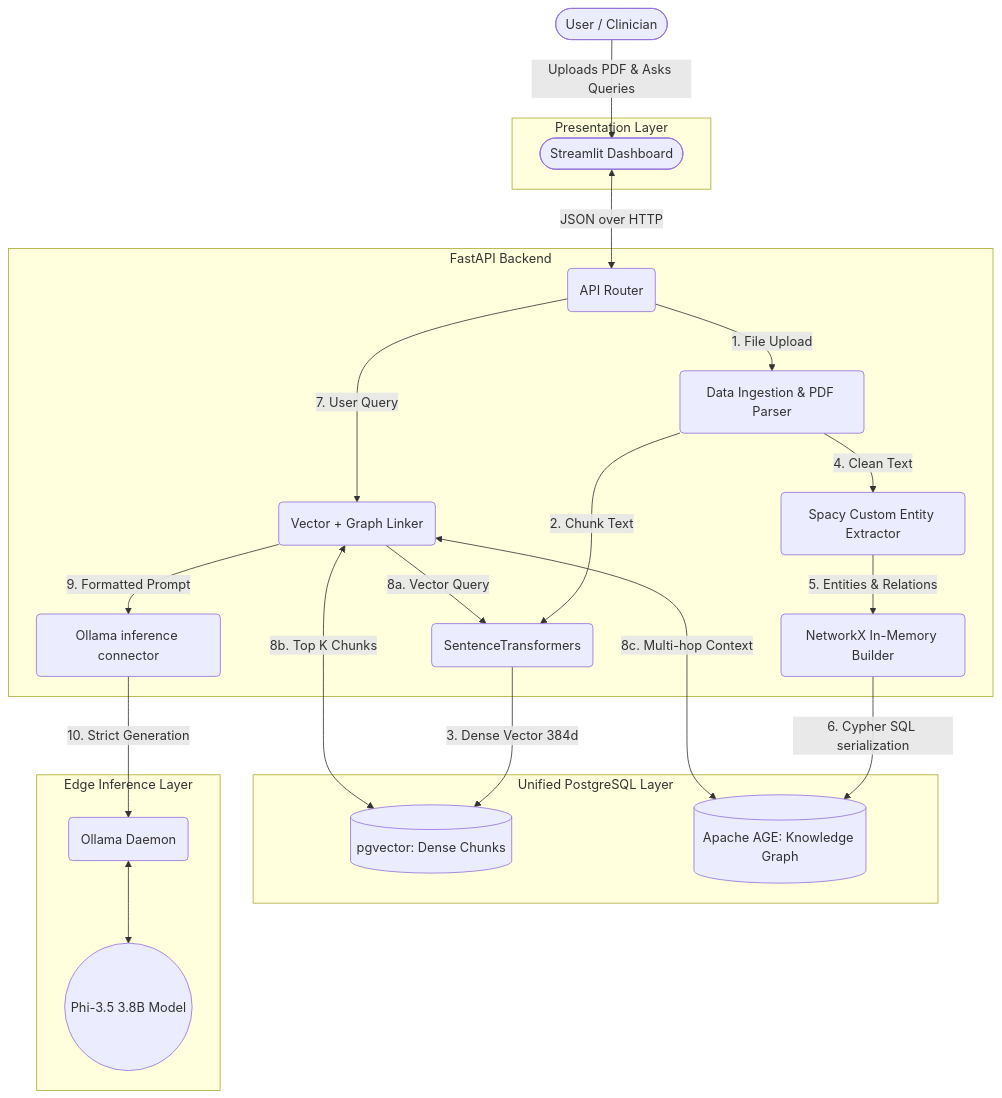
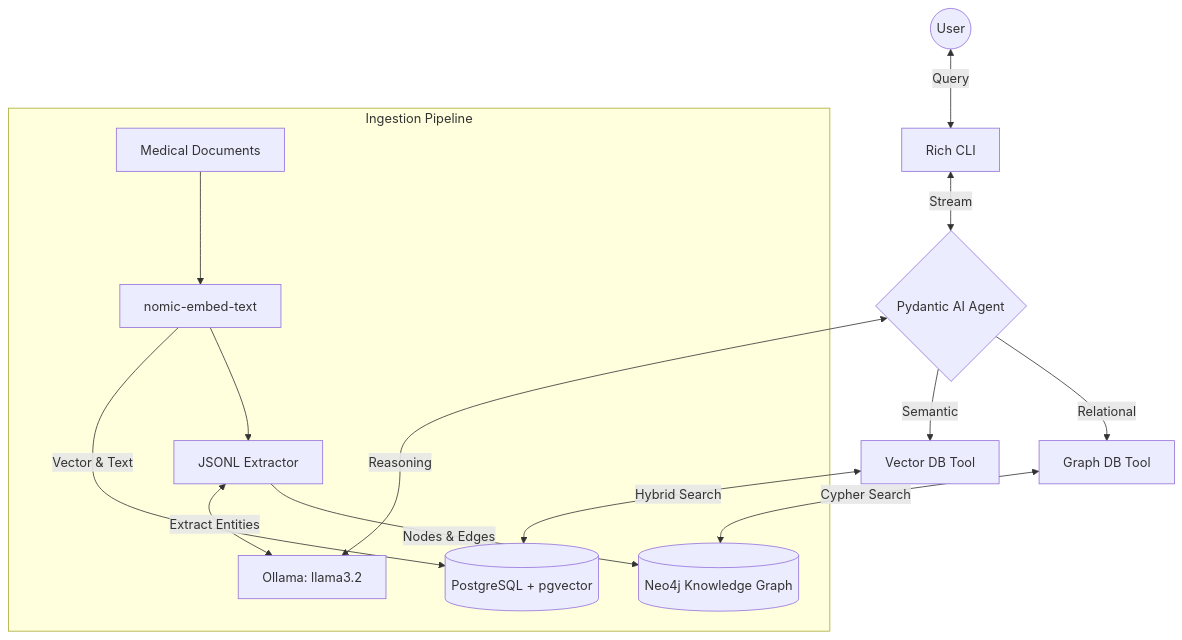
One commit to arpitiitp/Edge-Native-Medical-Graph-RAG changed the diagram in README.md. Above: the diagram before and after it, drawn with Mermaid. The commit also changed other lines of this file and 46 other files, not shown here.

Commit message:
Add knowledge graph, vector search, and CLI interface

````diff
--- a/README.md
+++ b/README.md
@@ -7,53 +28,21 @@
 ```mermaid
 graph TD
-    %% Define User Flow
-    User([User / Clinician]) -->|Uploads PDF & Asks Queries| UI
-
-    %% Define Frontend Component
-    subgraph Frontend [Presentation Layer]
-        UI([Streamlit Dashboard])
+    User((User)) <-->|Query| UI[Rich CLI]
+    UI <-->|Stream| Agent{Pydantic AI Agent}
+    
+    Agent <-->|Reasoning| Llama[Ollama: llama3.2]
+    
+    Agent -->|Semantic| ToolV[Vector DB Tool]
+    Agent -->|Relational| ToolG[Graph DB Tool]
+    
+    ToolV <-->|Hybrid Search| PG[(PostgreSQL + pgvector)]
+    ToolG <-->|Cypher Search| Neo[(Neo4j Knowledge Graph)]
+    
+    subgraph Ingestion Pipeline
+        Docs[Medical Documents] --> Chunker[nomic-embed-text]
+        Chunker -->|Vector & Text| PG
+        Chunker --> Extractor[JSONL Extractor]
+        Extractor <-->|Extract Entities| Llama
+        Extractor -->|Nodes & Edges| Neo
     end
-
-    %% Define Backend Services
-    subgraph Backend [FastAPI Backend]
-        API(API Router)
-        Ingestion(Data Ingestion & PDF Parser)
-        Embedding(SentenceTransformers)
-        Extractor(Spacy Custom Entity Extractor)
-        GraphBuilder(NetworkX In-Memory Builder)
-        HybridRetrieval(Vector + Graph Linker)
-        LLMClient(Ollama inference connector)
-    end
-
-    %% Define Database Layer
-    subgraph Database [Unified PostgreSQL Layer]
-        PGVector[(pgvector: Dense Chunks)]
-        AGE[(Apache AGE: Knowledge Graph)]
-    end
-
-    %% Define Local Inference Engine
-    subgraph Inference [Edge Inference Layer]
-        Ollama(Ollama Daemon)
-        SLM((Phi-3.5 3.8B Model))
-    end
-
-    %% Connections
-    UI <-->|JSON over HTTP| API
-    
-    API -->|1. File Upload| Ingestion
-    Ingestion -->|2. Chunk Text| Embedding
-    Embedding -->|3. Dense Vector 384d| PGVector
-    
-    Ingestion -->|4. Clean Text| Extractor
-    Extractor -->|5. Entities & Relations| GraphBuilder
-    GraphBuilder -->|6. Cypher SQL serialization| AGE
-
-    API -->|7. User Query| HybridRetrieval
-    HybridRetrieval -->|8a. Vector Query| Embedding
-    HybridRetrieval <-->|8b. Top K Chunks| PGVector
-    HybridRetrieval <-->|8c. Multi-hop Context| AGE
-    
-    HybridRetrieval -->|9. Formatted Prompt| LLMClient
-    LLMClient -->|10. Strict Generation| Ollama
-    Ollama <--> SLM
 ```
````
